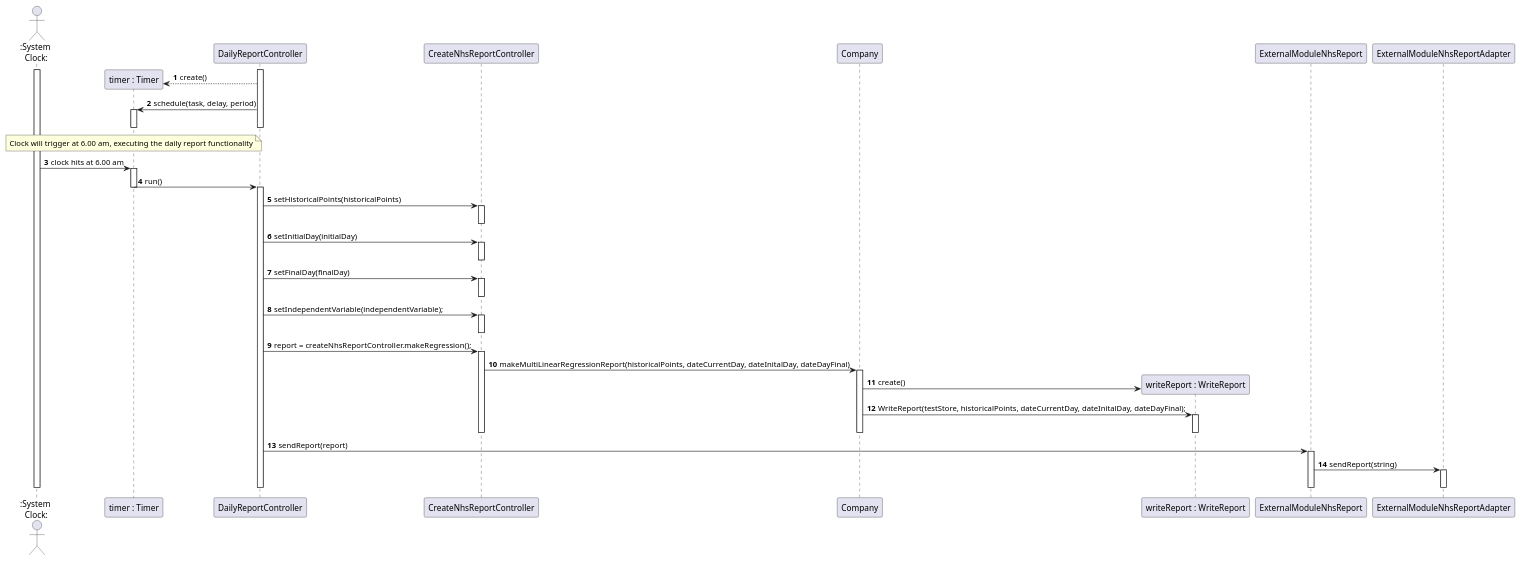
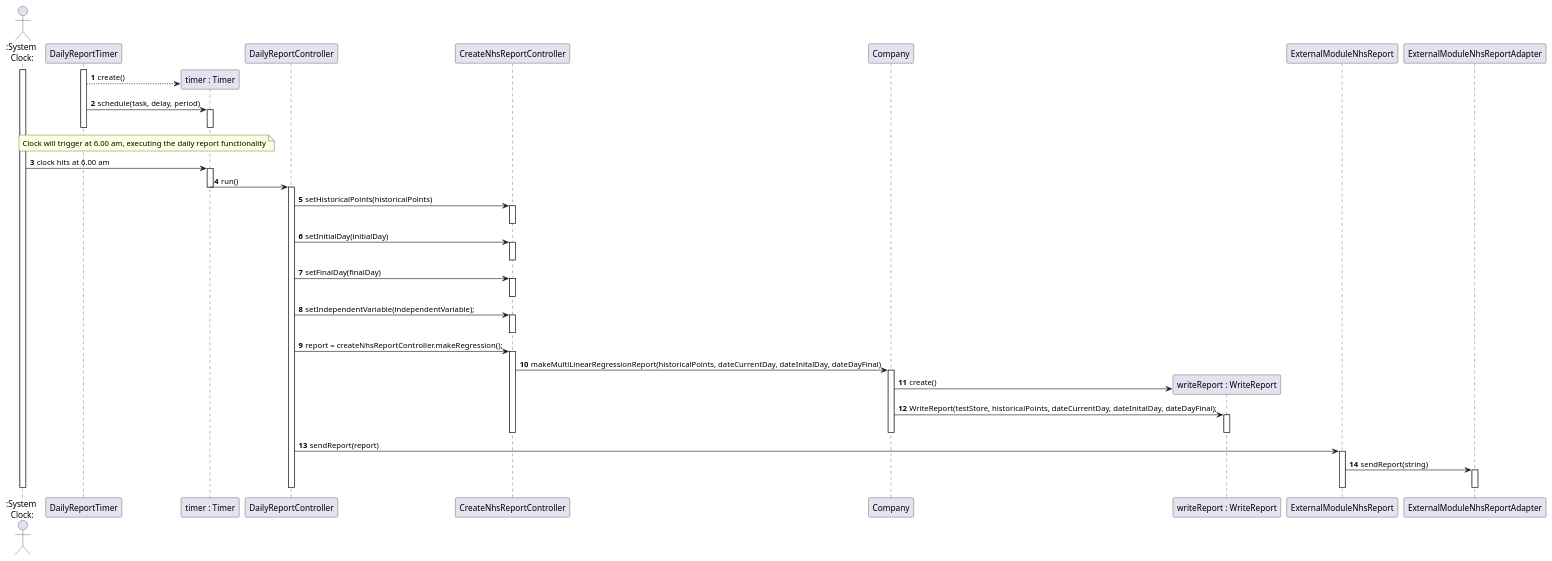
One commit to MadDinosaur/ISEP-LAPR2 changed the diagram in docs/SprintD/US19/US19_SD.puml. Above: the diagram before and after it, drawn with PlantUML. The commit also changed 4 other files, not shown here.

```diff
--- a/docs/SprintD/US19/US19_SD.puml
+++ b/docs/SprintD/US19/US19_SD.puml
@@ -1,66 +1,67 @@
 @startuml
 
 autonumber
 
 actor ":System\n Clock:" as Clock
+participant DailyReportTimer as drtimer
 participant "timer : Timer" as timer
 participant DailyReportController as controller
 participant CreateNhsReportController as controller1
 participant Company as company
 participant "writeReport : WriteReport" as writereport
 participant ExternalModuleNhsReport as interface
 participant ExternalModuleNhsReportAdapter as adapter
 
 activate Clock
-activate controller
+activate drtimer
 create timer
-controller --> timer : create()
-controller -> timer : schedule(task, delay, period)
+drtimer --> timer : create()
+drtimer -> timer : schedule(task, delay, period)
 activate timer
-deactivate controller
 deactivate timer
+deactivate drtimer
 
-note over timer : Clock will trigger at 6.00 am, executing the daily report functionality
+note over drtimer, timer : Clock will trigger at 6.00 am, executing the daily report functionality
 
 Clock -> timer : clock hits at 6.00 am
 activate timer
 timer -> controller : run()
 deactivate timer
 activate controller
 
 controller -> controller1 : setHistoricalPoints(historicalPoints)
 activate controller1
 deactivate controller1
 controller -> controller1 : setInitialDay(initialDay)
 activate controller1
 deactivate controller1
 controller -> controller1 : setFinalDay(finalDay)
 activate controller1
 deactivate controller1
 controller -> controller1 : setIndependentVariable(independentVariable);
 activate controller1
 deactivate controller1
 controller -> controller1 : report = createNhsReportController.makeRegression();
 activate controller1
 controller1 -> company : makeMultiLinearRegressionReport(historicalPoints, dateCurrentDay, dateInitalDay, dateDayFinal)
 activate company
 create writereport
 company -> writereport : create()
 company -> writereport : WriteReport(testStore, historicalPoints, dateCurrentDay, dateInitalDay, dateDayFinal);
 activate writereport
 deactivate writereport
 deactivate company
 deactivate controller1
 
 
 controller -> interface : sendReport(report)
 activate interface
 interface -> adapter : sendReport(string)
 activate adapter
 deactivate interface
 deactivate adapter
 deactivate controller
 
 deactivate Clock
 
 @enduml
```
